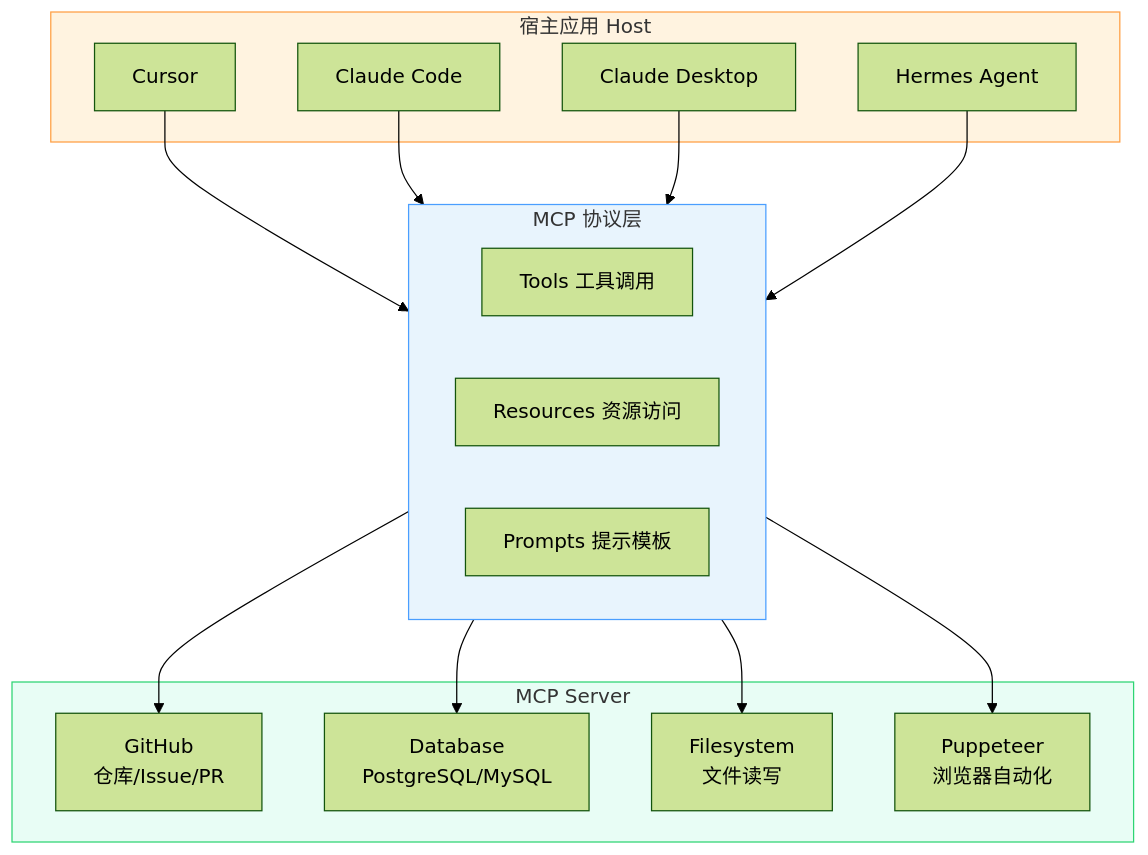
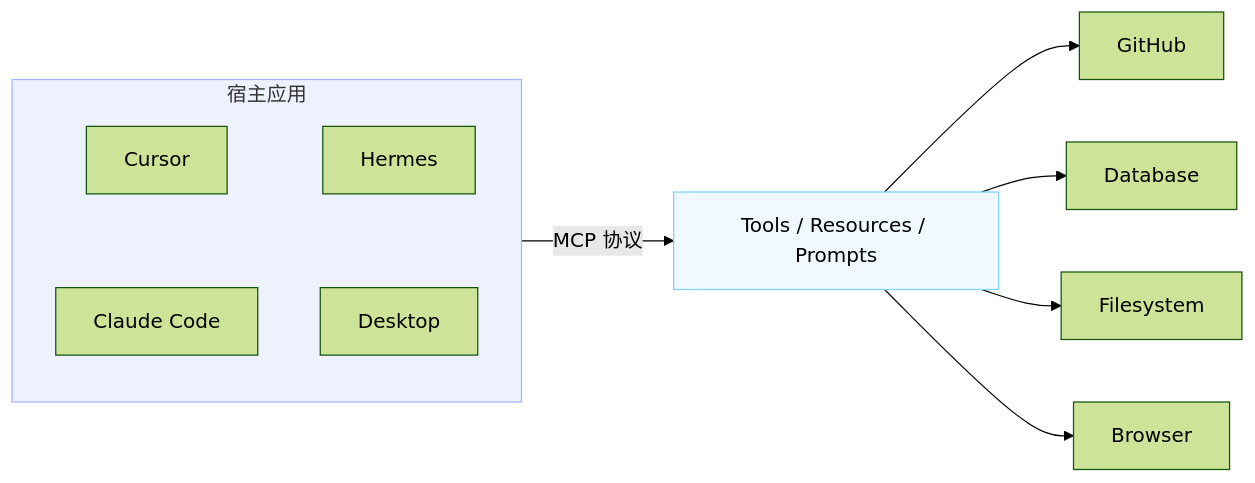
The diagram in posts/tech/mcp-protocol.md (shen8614/shen_boke), drawn with Mermaid (forest theme) before and after one commit. The commit also changed 6 other files, not shown here.

Commit message:
UI 精细化：Inter 字体、点阵/网格背景、精简 Mermaid 图表、Linear 风格配色

````diff
--- a/posts/tech/mcp-protocol.md
+++ b/posts/tech/mcp-protocol.md
@@ -27,35 +27,15 @@
 ```mermaid
-graph TB
-    subgraph Host[宿主应用 Host]
-        H1[Cursor]
-        H2[Claude Code]
-        H3[Claude Desktop]
-        H4[Hermes Agent]
+graph LR
+    subgraph Hosts[宿主应用]
+        H1[Cursor] ~~~ H2[Claude Code]
+        H3[Hermes] ~~~ H4[Desktop]
     end
+    Hosts -->|MCP 协议| MCP[Tools / Resources / Prompts]
+    MCP --> S1[GitHub]
+    MCP --> S2[Database]
+    MCP --> S3[Filesystem]
+    MCP --> S4[Browser]
 
-    subgraph MCP_Protocol[MCP 协议层]
-        P1[Tools 工具调用]
-        P2[Resources 资源访问]
-        P3[Prompts 提示模板]
-    end
-
-    subgraph Servers[MCP Server]
-        S1[GitHub<br/>仓库/Issue/PR]
-        S2[Database<br/>PostgreSQL/MySQL]
-        S3[Filesystem<br/>文件读写]
-        S4[Puppeteer<br/>浏览器自动化]
-    end
-
-    H1 --> MCP_Protocol
-    H2 --> MCP_Protocol
-    H3 --> MCP_Protocol
-    H4 --> MCP_Protocol
-    MCP_Protocol --> S1
-    MCP_Protocol --> S2
-    MCP_Protocol --> S3
-    MCP_Protocol --> S4
-
-    style MCP_Protocol fill:#e8f4fd,stroke:#4a9eff
-    style Host fill:#fff3e0,stroke:#ff9f43
-    style Servers fill:#e8fdf5,stroke:#2ed573
+    style Hosts fill:#eef2ff,stroke:#a5b4fc
+    style MCP fill:#f0f9ff,stroke:#7dd3fc
 ```
````
